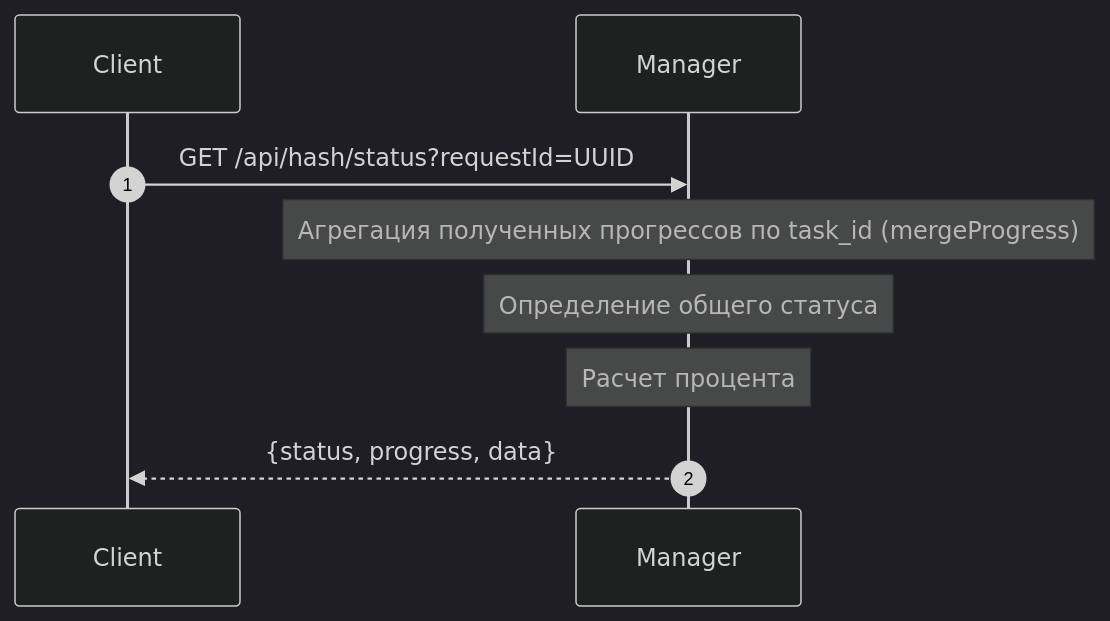
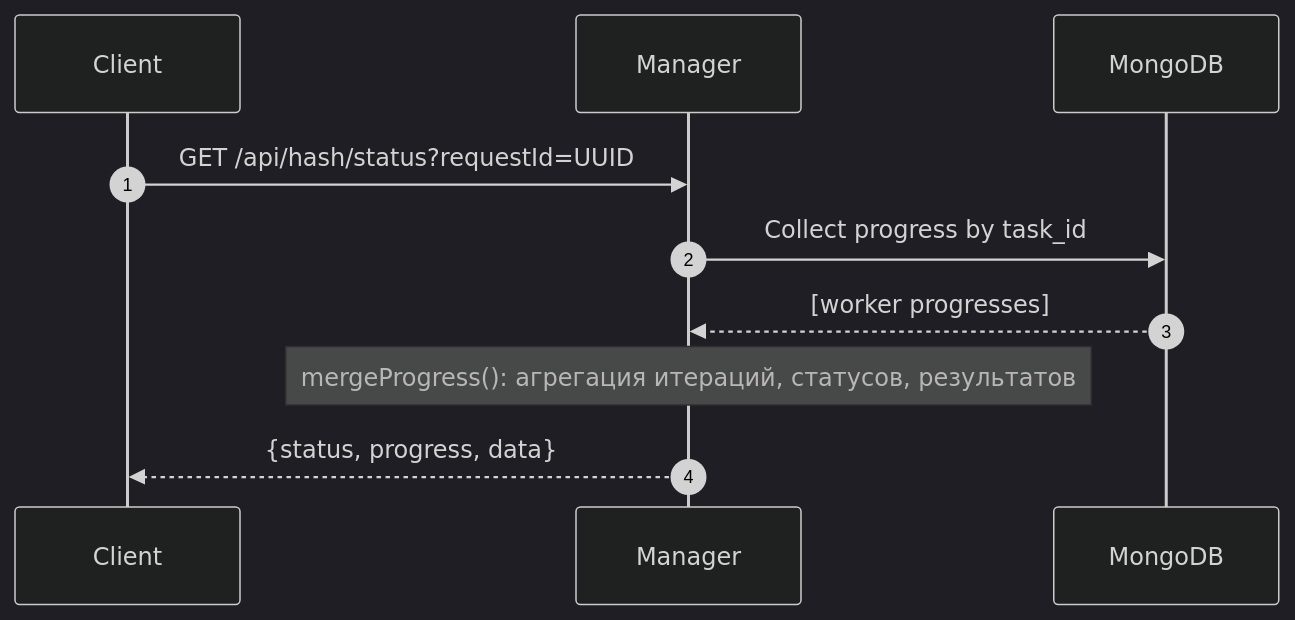
The second of 3 diagrams in README.md (kestfor/CrackHash), drawn with Mermaid (dark theme) before and after one commit. The commit also changed other lines of this file and 47 other files, not shown here.

````diff
--- a/README.md
+++ b/README.md
@@ -204,11 +118,13 @@
 ```mermaid
 sequenceDiagram
     autonumber
     participant Client
     participant Manager
-    Client ->> Manager: GET /api/hash/status?requestId=UUID
-    Note over Manager: Агрегация полученных прогрессов по task_id (mergeProgress)
-    Note over Manager: Определение общего статуса
-    Note over Manager: Расчет процента
-    Manager -->> Client: {status, progress, data}
+    participant MongoDB
+
+    Client->>Manager: GET /api/hash/status?requestId=UUID
+    Manager->>MongoDB: Collect progress by task_id
+    MongoDB-->>Manager: [worker progresses]
+    Note over Manager: mergeProgress(): агрегация итераций, статусов, результатов
+    Manager-->>Client: {status, progress, data}
 ```
````
